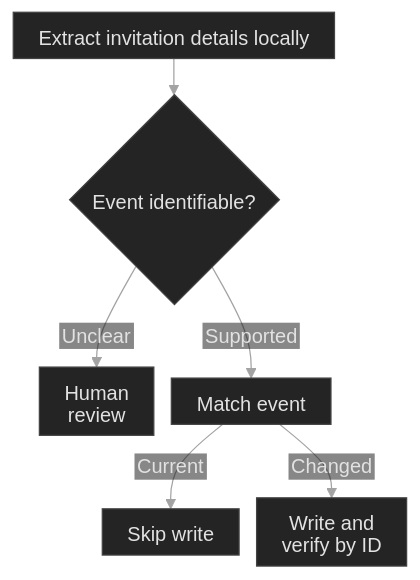
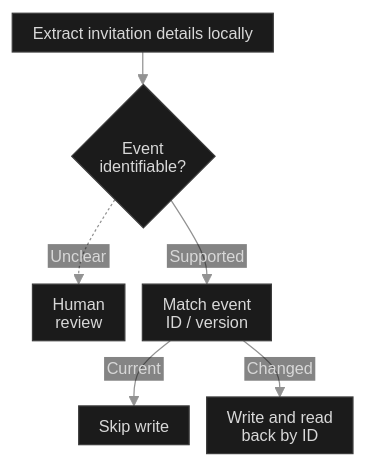
One commit to kazuall/finance-process-portfolio changed the diagram in diagrams/email-compact.mmd. Above: the diagram before and after it, drawn with Mermaid. The commit also changed 43 other files, not shown here.

```diff
--- a/diagrams/email-compact.mmd
+++ b/diagrams/email-compact.mmd
@@ -1,34 +1,34 @@
 ---
 config:
   theme: base
   htmlLabels: false
   themeVariables:
     darkMode: true
-    background: '#101010'
+    background: '#0a0a0a'
     fontFamily: 'Inter, -apple-system, BlinkMacSystemFont, Segoe UI, sans-serif'
-    fontSize: '16px'
-    primaryColor: '#242424'
-    primaryTextColor: '#e2e2e2'
-    primaryBorderColor: '#434343'
-    lineColor: '#a3a3a3'
-    edgeLabelBackground: '#101010'
-    textColor: '#cdcdcd'
+    fontSize: '13px'
+    primaryColor: '#1b1b1b'
+    primaryTextColor: '#d8d8d8'
+    primaryBorderColor: '#3c3c3c'
+    lineColor: '#929292'
+    edgeLabelBackground: '#0a0a0a'
+    textColor: '#d8d8d8'
   flowchart:
     htmlLabels: false
     useMaxWidth: false
     nodeSpacing: 14
-    rankSpacing: 29
-    wrappingWidth: 245
-    padding: 10
+    rankSpacing: 26
+    wrappingWidth: 220
+    padding: 8
     diagramPadding: 5
     curve: basis
-  themeCSS: 'text,tspan{font-family:system-ui,sans-serif!important}.node rect.label-container{rx:3px;ry:3px}.node rect,.node polygon,.flowchart-link{stroke-width:1px!important}.edgeLabel .labelBkg{fill:#101010!important;opacity:1!important}.edgeLabel text{fill:#c4c4c4!important}'
+  themeCSS: 'text,tspan{font-family:system-ui,sans-serif!important;font-weight:400!important}.node rect.label-container{rx:3px;ry:3px}.node rect,.node polygon,.flowchart-link{stroke-width:.85px!important}.edgeLabel .labelBkg{fill:#0a0a0a!important;opacity:1!important}.edgeLabel text{fill:#bebebe!important}'
 ---
 flowchart TB
   accTitle: Calendar updates
   accDescr: Local extraction proposes a calendar change. Ambiguous evidence goes to human review. A supported invitation is matched to the calendar, where current events are skipped and changes are written and read back by ID.
-  mail["Extract invitation details locally"] --> proof{"Event identifiable?"}
-  proof -->|Unclear| review["Human<br/>review"]
-  proof -->|Supported| match["Match event"]
+  mail["Extract invitation details locally"] --> proof{"Event<br/>identifiable?"}
+  proof -.->|Unclear| review["Human<br/>review"]
+  proof -->|Supported| match["Match event<br/>ID / version"]
   match -->|Current| noop["Skip write"]
-  match -->|Changed| write["Write and<br/>verify by ID"]
+  match -->|Changed| write["Write and read<br/>back by ID"]
```
